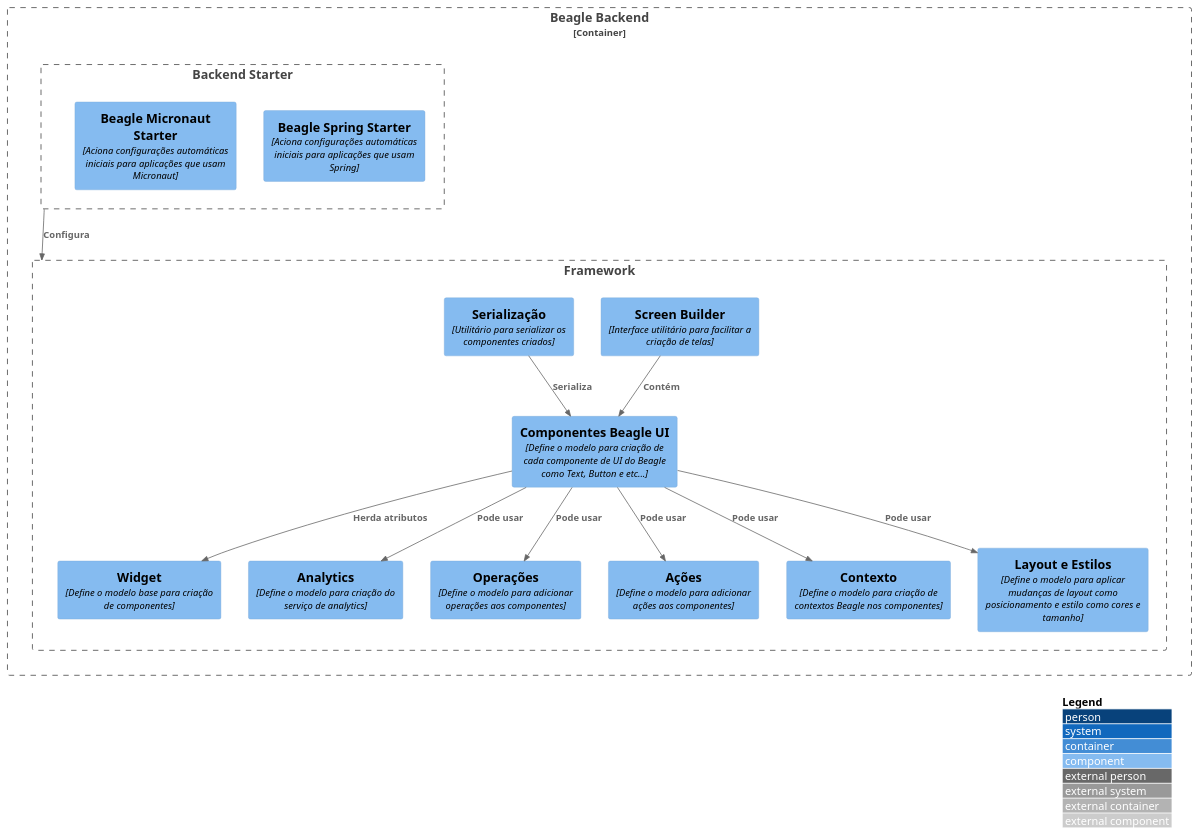
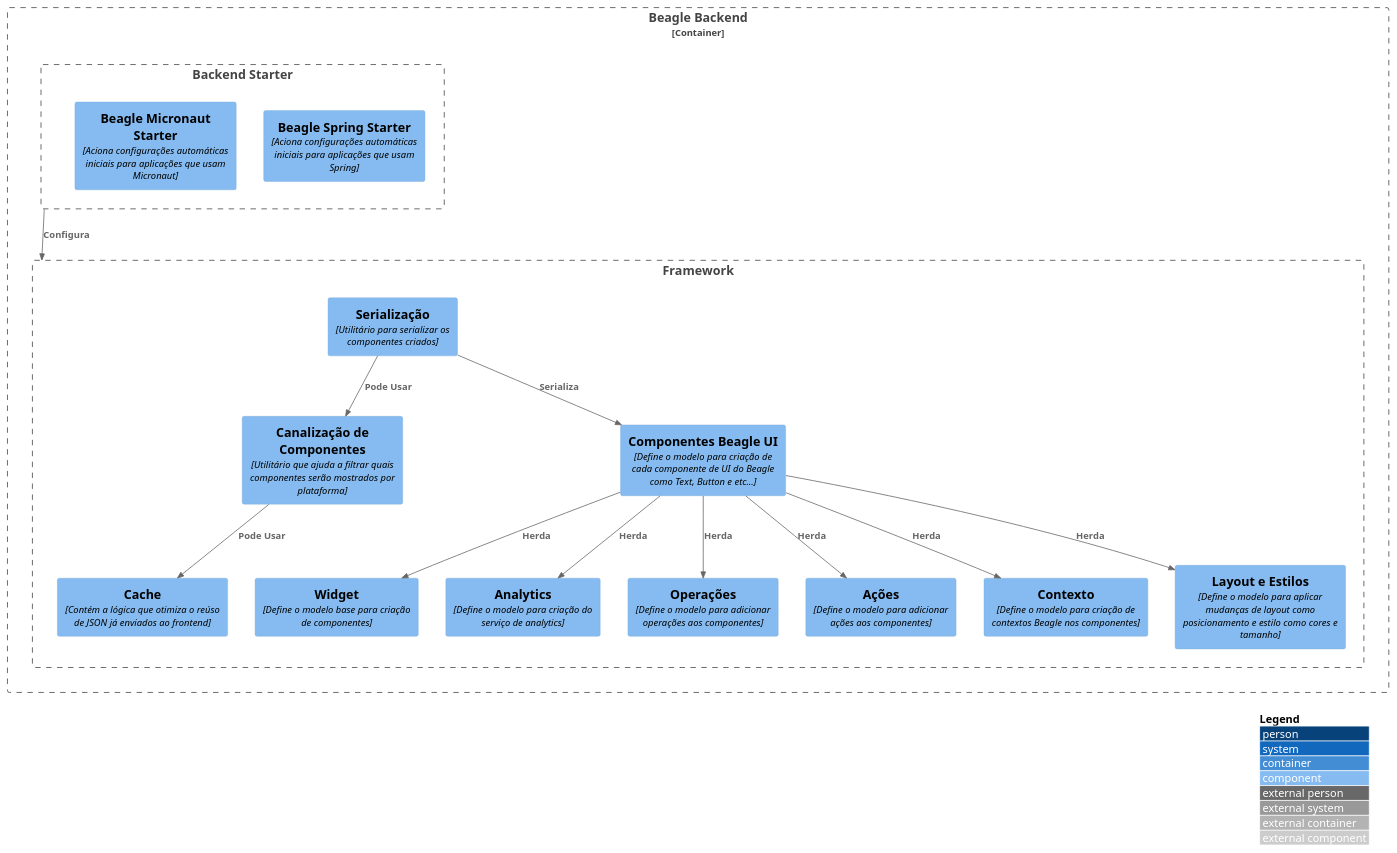
Before and after one commit to ZupIT/beagle-c4model: the diagram in pt-br/src/C3 -  Component/Beagle Backend/c3.puml, drawn with PlantUML. The commit also changed 1 other file, not shown here.

Commit message:
Updates diagrams and descriptions

```diff
--- a/pt-br/src/C3 -  Component/Beagle Backend/c3.puml
+++ b/pt-br/src/C3 -  Component/Beagle Backend/c3.puml
@@ -1,39 +1,40 @@
 @startuml c2
 !include https://raw.githubusercontent.com/adrianvlupu/C4-PlantUML/latest/C4_Component.puml
 LAYOUT_WITH_LEGEND()
 
 Container_Boundary(beagle_backend, "Beagle Backend"){
 
   Boundary(backend_starter, "Backend Starter"){
     Component(backend_starter_spring, "Beagle Spring Starter", "Aciona configurações automáticas iniciais para aplicações que usam Spring")
     Component(backend_starter_micronaut, "Beagle Micronaut Starter", "Aciona configurações automáticas iniciais para aplicações que usam Micronaut")
   }
 
   Boundary(framework, "Framework"){
-    Component(screen_builder, "Screen Builder", "Interface utilitário para facilitar a criação de telas")
+    Component(cache, "Cache", "Contém a lógica que otimiza o reúso de JSON já enviados ao frontend")
+    Component(component_sorting, "Canalização de Componentes", "Utilitário que ajuda a filtrar quais componentes serão mostrados por plataforma")
     Component(widget, "Widget", "Define o modelo base para criação de componentes")
     Component(beagle_components, "Componentes Beagle UI", "Define o modelo para criação de cada componente de UI do Beagle como Text, Button e etc...")
     Component(analytics, "Analytics", "Define o modelo para criação do serviço de analytics")
     Component(operations, "Operações", "Define o modelo para adicionar operações aos componentes")
     Component(actions, "Ações", "Define o modelo para adicionar ações aos componentes")
     Component(serialization, "Serialização", "Utilitário para serializar os componentes criados")
     Component(context, "Contexto", "Define o modelo para criação de contextos Beagle nos componentes")
     Component(layout_style, "Layout e Estilos", "Define o modelo para aplicar mudanças de layout como posicionamento e estilo como cores e tamanho")
   }
 
 }
 
 Rel(backend_starter,framework, "Configura")
 
 Rel(serialization, beagle_components, "Serializa")
-
-Rel(screen_builder,beagle_components, "Contém")
-Rel(beagle_components,widget, "Herda atributos")
-Rel(beagle_components,analytics, "Pode usar")
-Rel(beagle_components,operations, "Pode usar")
-Rel(beagle_components,actions, "Pode usar")
-Rel(beagle_components,context, "Pode usar")
-Rel(beagle_components,layout_style, "Pode usar")
+Rel(serialization, component_sorting, "Pode Usar")
+Rel(component_sorting, cache, "Pode Usar")
+Rel(beagle_components,widget, "Herda")
+Rel(beagle_components,analytics, "Herda")
+Rel(beagle_components,operations, "Herda")
+Rel(beagle_components,actions, "Herda")
+Rel(beagle_components,context, "Herda")
+Rel(beagle_components,layout_style, "Herda")
 
 
 @enduml
```
